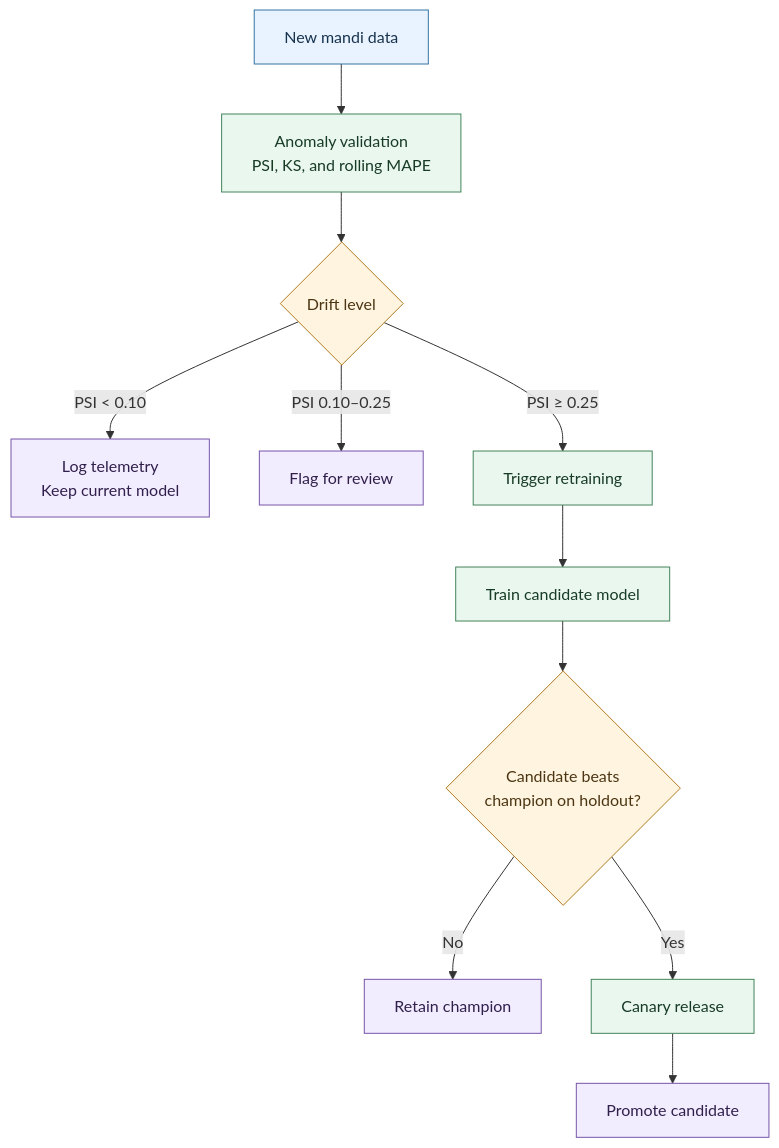
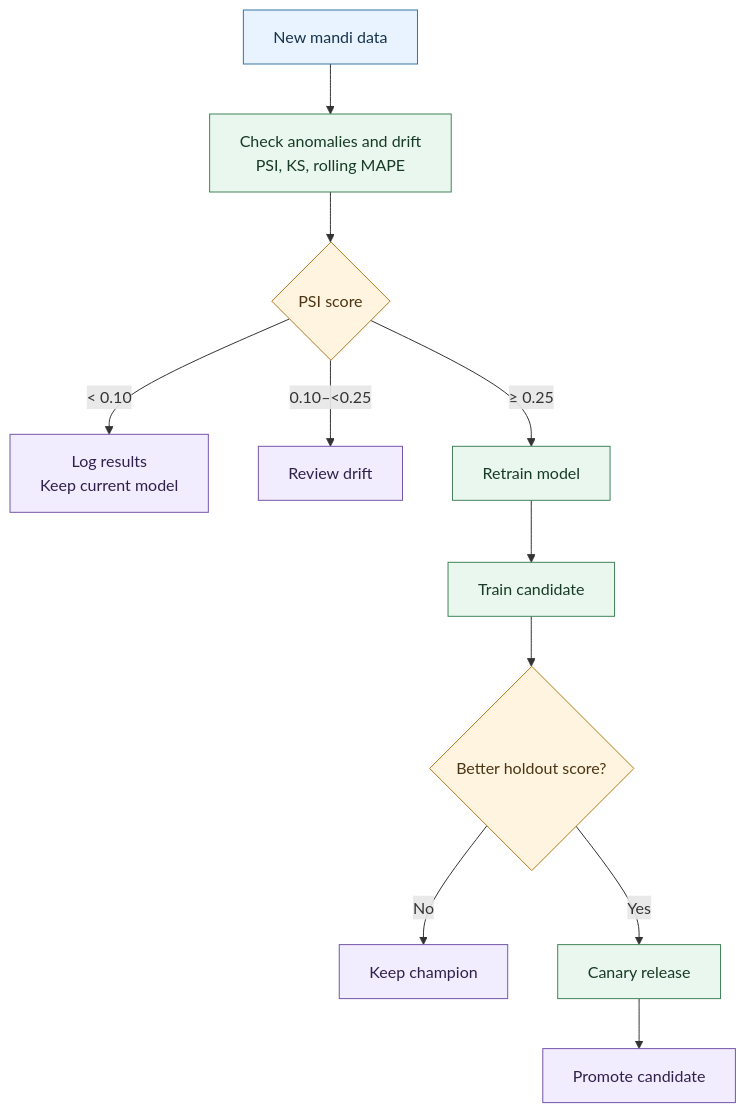
The fifth of 5 diagrams in README.md (gamepatt78/way2agri-price-forecasting-engine), drawn with Mermaid before and after one commit. The commit also changed other lines of this file and 2 other files, not shown here.

Commit message:
docs: improve diagram readability and labels

````diff
--- a/README.md
+++ b/README.md
@@ -334,22 +340,22 @@
 ```mermaid
 flowchart TB
-    data["New mandi data"] --> checks["Anomaly validation<br/>PSI, KS, and rolling MAPE"]
-    checks --> decision{"Drift level"}
-    decision -->|"PSI < 0.10"| stable["Log telemetry<br/>Keep current model"]
-    decision -->|"PSI 0.10–0.25"| review["Flag for review"]
-    decision -->|"PSI ≥ 0.25"| train["Trigger retraining"]
-    train --> candidate["Train candidate model"]
-    candidate --> gate{"Candidate beats<br/>champion on holdout?"}
-    gate -->|No| retain["Retain champion"]
+    data["New mandi data"] --> checks["Check anomalies and drift<br/>PSI, KS, rolling MAPE"]
+    checks --> decision{"PSI score"}
+    decision -->|"< 0.10"| stable["Log results<br/>Keep current model"]
+    decision -->|"0.10–<0.25"| review["Review drift"]
+    decision -->|"≥ 0.25"| train["Retrain model"]
+    train --> candidate["Train candidate"]
+    candidate --> gate{"Better holdout score?"}
+    gate -->|No| retain["Keep champion"]
     gate -->|Yes| canary["Canary release"]
     canary --> promote["Promote candidate"]
 
     classDef source fill:#e8f3ff,stroke:#3674a5,color:#17324d
     classDef process fill:#eaf7ef,stroke:#43845b,color:#173b25
     classDef decision fill:#fff4df,stroke:#b27a20,color:#4b3512
     classDef action fill:#f2ecff,stroke:#7656a8,color:#30204b
     class data source
     class checks,train,candidate,canary process
     class decision,gate decision
     class stable,review,retain,promote action
 ```
````
